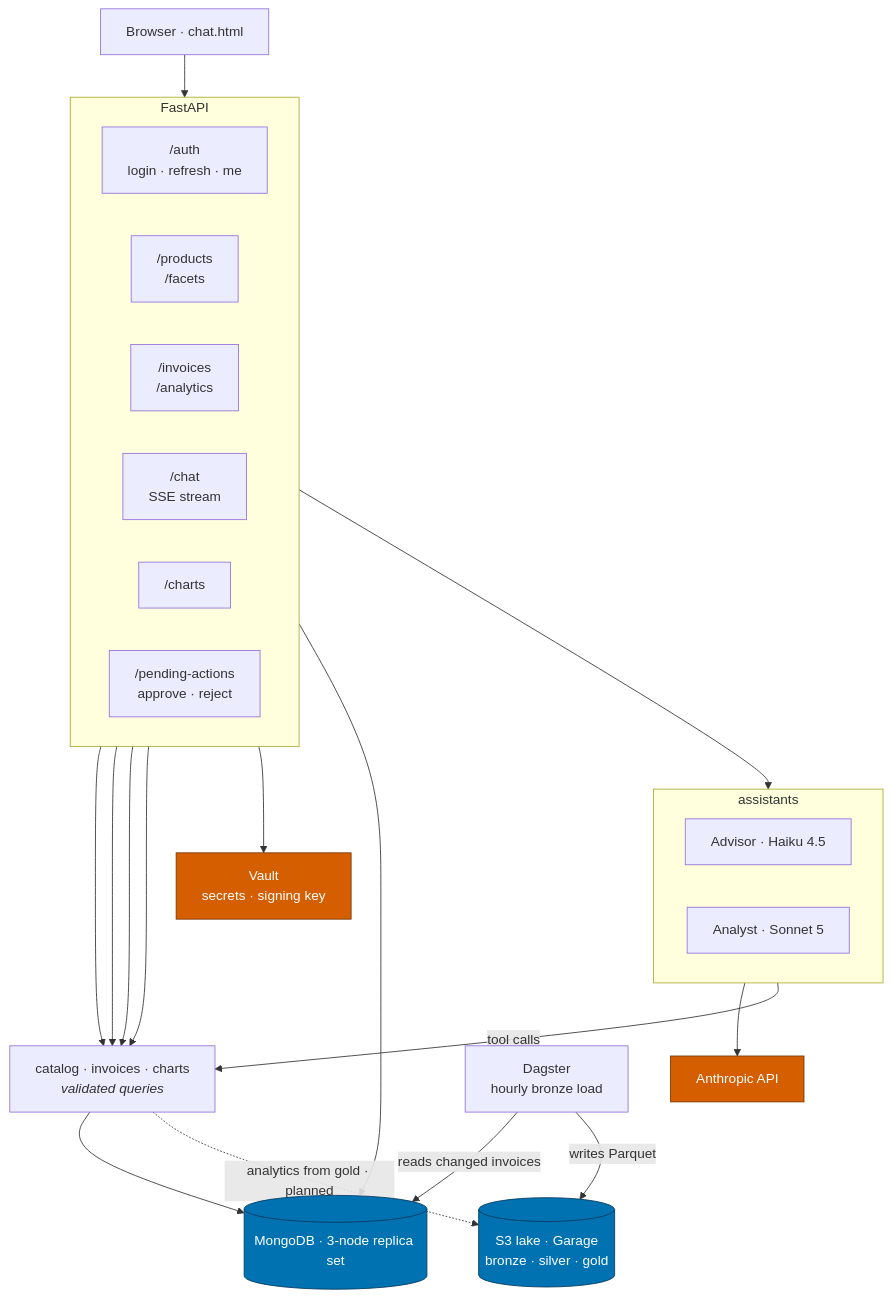
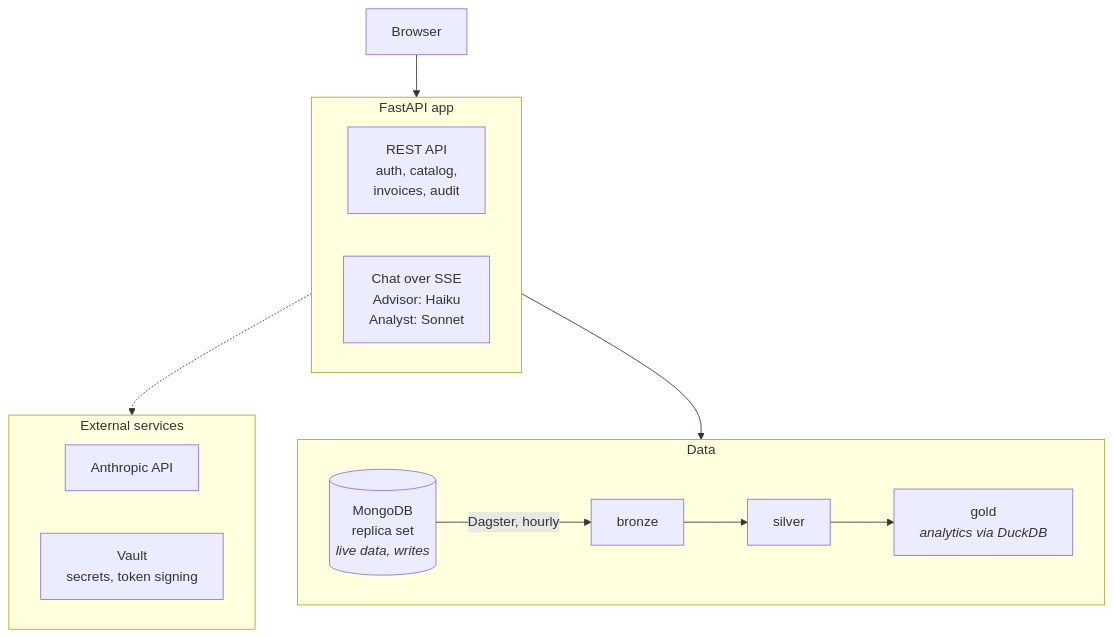
One commit to sokvl/claude-erp-assistant changed the diagram in README.md. Above: the diagram before and after it, drawn with Mermaid. The commit also changed other lines of this file, not shown here.

````diff
--- a/README.md
+++ b/README.md
@@ -47,44 +42,29 @@
 ```mermaid
 flowchart TB
-    UI["Browser · chat.html"]
+    UI["Browser"]
 
-    subgraph API["FastAPI"]
+    subgraph APP["FastAPI app"]
         direction LR
-        R_AUTH["/auth<br/>login · refresh · me"]
-        R_CAT["/products<br/>/facets"]
-        R_INV["/invoices<br/>/analytics"]
-        R_CHAT["/chat<br/>SSE stream"]
-        R_CHART["/charts"]
-        R_PEND["/pending-actions<br/>approve · reject"]
+        REST["REST API<br/>auth, catalog,<br/>invoices, audit"]
+        CHAT["Chat over SSE<br/>Advisor: Haiku<br/>Analyst: Sonnet"]
     end
 
-    subgraph AST["assistants"]
+    subgraph EXT["External services"]
         direction LR
-        ADV["Advisor · Haiku 4.5"]
-        ANA["Analyst · Sonnet 5"]
+        LLM["Anthropic API"]
+        VAULT["Vault<br/>secrets, token signing"]
     end
 
-    DOM["catalog · invoices · charts<br/><i>validated queries</i>"]
-    DB[("MongoDB · 3-node replica set")]
-    LLM["Anthropic API"]
-    VAULT["Vault<br/>secrets · signing key"]
-    DAG["Dagster<br/>hourly bronze load"]
-    LAKE[("S3 lake · Garage<br/>bronze · silver · gold")]
+    subgraph DATA["Data"]
+        direction LR
+        DB[("MongoDB<br/>replica set<br/><i>live data, writes</i>")]
+        BRONZE["bronze"]
+        SILVER["silver"]
+        GOLD["gold<br/><i>analytics via DuckDB</i>"]
+        DB -- "Dagster, hourly" --> BRONZE --> SILVER --> GOLD
+    end
 
-    UI --> API
-    R_CHAT --> AST
-    AST --> LLM
-    AST -- "tool calls" --> DOM
-    R_CAT & R_INV & R_CHART & R_PEND --> DOM
-    R_AUTH --> VAULT
-    R_AUTH --> DB
-    DOM --> DB
-    DAG -- "reads changed invoices" --> DB
-    DAG -- "writes Parquet" --> LAKE
-    DOM -. "analytics from gold · planned" .-> LAKE
-
-    classDef store fill:#0072B2,stroke:#04395e,color:#fff
-    classDef ext fill:#D55E00,stroke:#7a3600,color:#fff
-    class DB,LAKE store
-    class LLM,VAULT ext
+    UI --> APP
+    APP -.-> EXT
+    APP --> DATA
 ```
````
